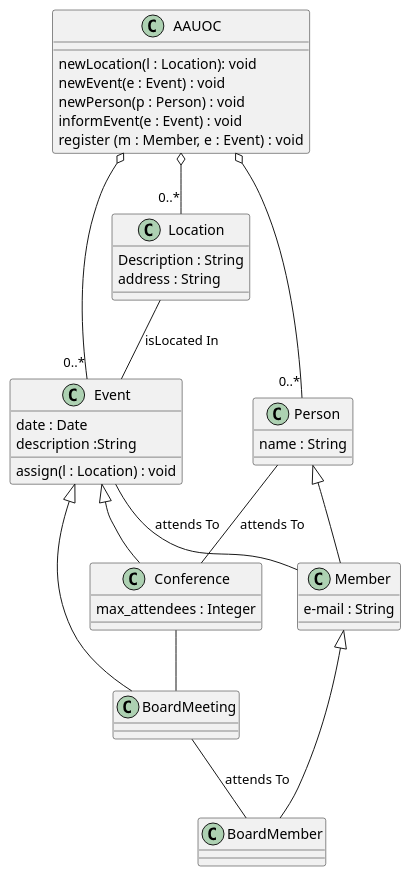
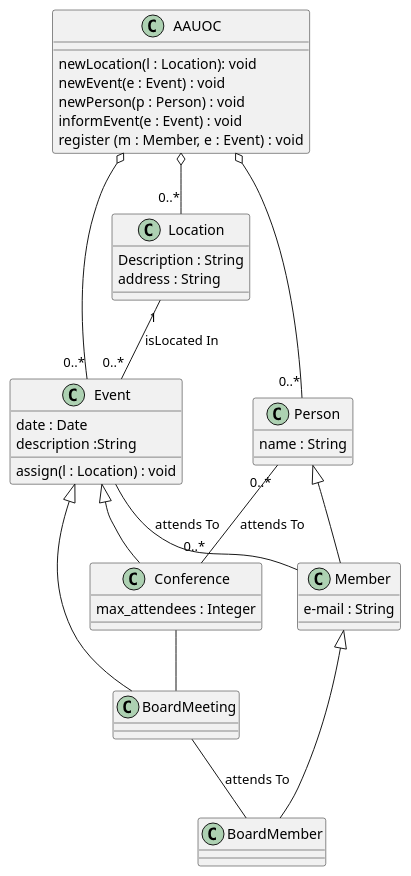
Before and after one commit to DaniJorCa/UMLDanielJordanCarre-o: the diagram in src/UOC.puml, drawn with PlantUML.

Commit message:
cardinalidades Per-Con Loc-Eve

```diff
--- a/src/UOC.puml
+++ b/src/UOC.puml
@@ -1,53 +1,53 @@
 @startuml
 
 
 Conference -- BoardMeeting
 Event <|-- Conference
 Event <|-- BoardMeeting
 
 Person <|-- Member
 Member <|-- BoardMember
 
-Person -- Conference : attends To
+Person "0..*" -- "0..*" Conference : attends To
 BoardMeeting -- BoardMember : attends To
 Event -- Member : attends To
-Location -- Event : isLocated In
+Location "1"-- "0..*" Event : isLocated In
 
 AAUOC o-- "0..*" Person
 AAUOC o-- "0..*" Event
 AAUOC o-- "0..*" Location
 
 class AAUOC{
 newLocation(l : Location): void
 newEvent(e : Event) : void
 newPerson(p : Person) : void
 informEvent(e : Event) : void
 register (m : Member, e : Event) : void
 }
 
 class Location{
 Description : String
 address : String
 }
 
 class Event{
 date : Date
 description :String
 assign(l : Location) : void
 }
 
 class Person{
 name : String
 }
 
 class Member{
 e-mail : String
 }
 
 class Conference{
 max_attendees : Integer
 }
 
 
 
 @enduml
```
